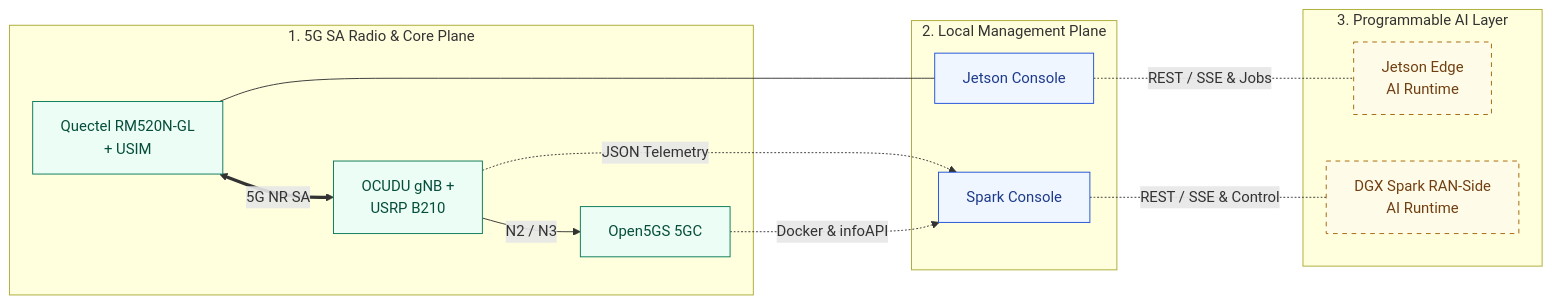
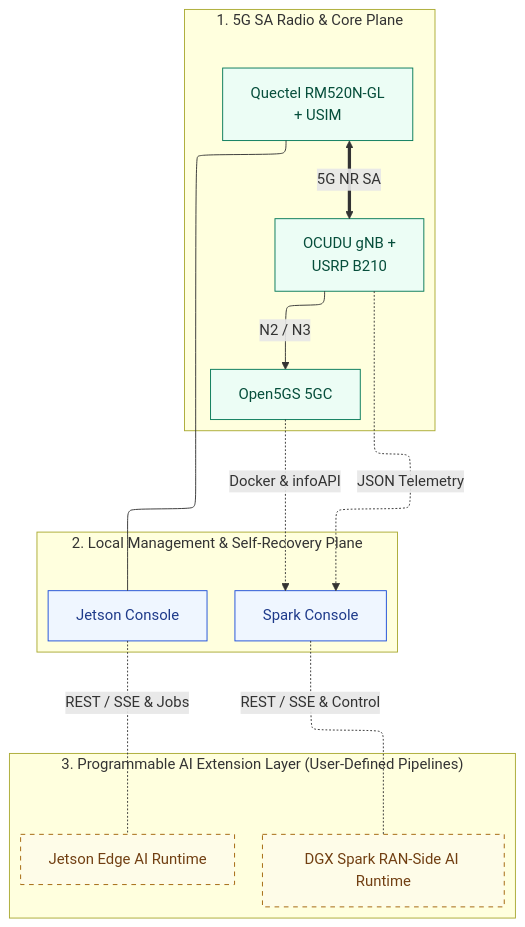
The diagram in docs/architecture.md (HKUOpenSource/OpenAirKit), drawn with Mermaid before and after one commit. The commit also changed 5 other files, not shown here.

Commit message:
docs: switch layered Mermaid diagrams to vertical TB with ELK layout

````diff
--- a/docs/architecture.md
+++ b/docs/architecture.md
@@ -23,30 +23,37 @@
 ```mermaid
-flowchart LR
+---
+config:
+  layout: elk
+---
+flowchart TB
   classDef stack fill:#ecfdf5,stroke:#047857,color:#064e3b
   classDef mgmt fill:#eff6ff,stroke:#1d4ed8,color:#1e3a8a
   classDef ai fill:#fefce8,stroke:#a16207,stroke-dasharray:5 5,color:#713f12
 
   subgraph STACK["1. 5G SA Radio & Core Plane"]
+    direction LR
     RM["Quectel RM520N-GL<br/>+ USIM"]:::stack
     GNB["OCUDU gNB +<br/>USRP B210"]:::stack
     CORE["Open5GS 5GC"]:::stack
     RM <== "5G NR SA" ==> GNB
     GNB -- "N2 / N3" --> CORE
   end
 
-  subgraph MGMT["2. Local Management Plane"]
+  subgraph MGMT["2. Local Management & Self-Recovery Plane"]
+    direction LR
     JC["Jetson Console"]:::mgmt
     SP["Spark Console"]:::mgmt
   end
 
-  subgraph AI["3. Programmable AI Layer"]
-    JAI["Jetson Edge<br/>AI Runtime"]:::ai
-    SAI["DGX Spark RAN-Side<br/>AI Runtime"]:::ai
+  subgraph AI["3. Programmable AI Extension Layer (User-Defined Pipelines)"]
+    direction LR
+    JAI["Jetson Edge AI Runtime"]:::ai
+    SAI["DGX Spark RAN-Side AI Runtime"]:::ai
   end
 
   RM --- JC
   GNB -. "JSON Telemetry" .-> SP
   CORE -. "Docker & infoAPI" .-> SP
   JC -. "REST / SSE & Jobs" .- JAI
   SP -. "REST / SSE & Control" .- SAI
 ```
````
